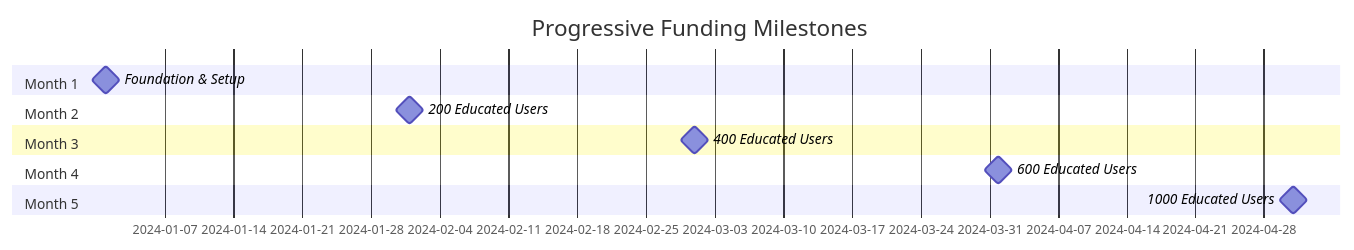
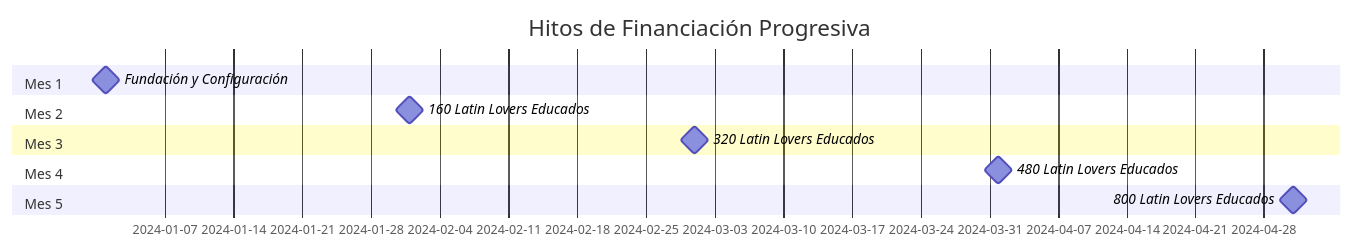
The fifth of 12 diagrams in visuals/project-diagrams.md (imrulo/lat.eth), drawn with Mermaid before and after one commit. The commit also changed other lines of this file and 21 other files, not shown here.

````diff
--- a/visuals/project-diagrams.md
+++ b/visuals/project-diagrams.md
@@ -105,15 +105,15 @@
 ```mermaid
 gantt
-    title Progressive Funding Milestones
+    title Hitos de Financiación Progresiva
     dateFormat  YYYY-MM-DD
-    section Month 1
-    Foundation & Setup    :milestone, m1, 2024-01-01, 0d
-    section Month 2
-    200 Educated Users    :milestone, m2, 2024-02-01, 0d
-    section Month 3
-    400 Educated Users    :milestone, m3, 2024-03-01, 0d
-    section Month 4
-    600 Educated Users    :milestone, m4, 2024-04-01, 0d
-    section Month 5
-    1000 Educated Users   :milestone, m5, 2024-05-01, 0d
+    section Mes 1
+    Fundación y Configuración    :milestone, m1, 2024-01-01, 0d
+    section Mes 2
+    160 Latin Lovers Educados    :milestone, m2, 2024-02-01, 0d
+    section Mes 3
+    320 Latin Lovers Educados    :milestone, m3, 2024-03-01, 0d
+    section Mes 4
+    480 Latin Lovers Educados    :milestone, m4, 2024-04-01, 0d
+    section Mes 5
+    800 Latin Lovers Educados   :milestone, m5, 2024-05-01, 0d
 ```
````
